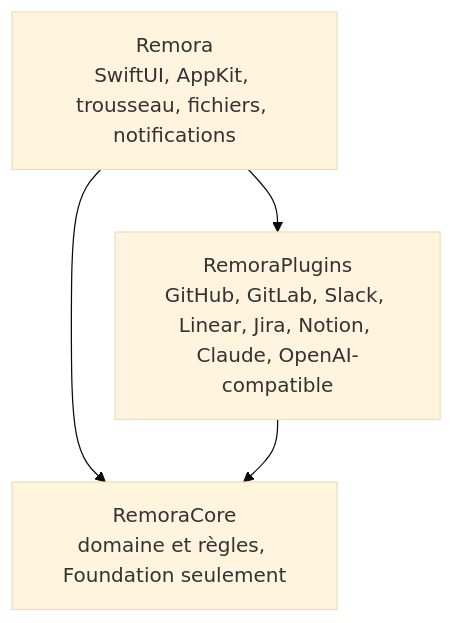
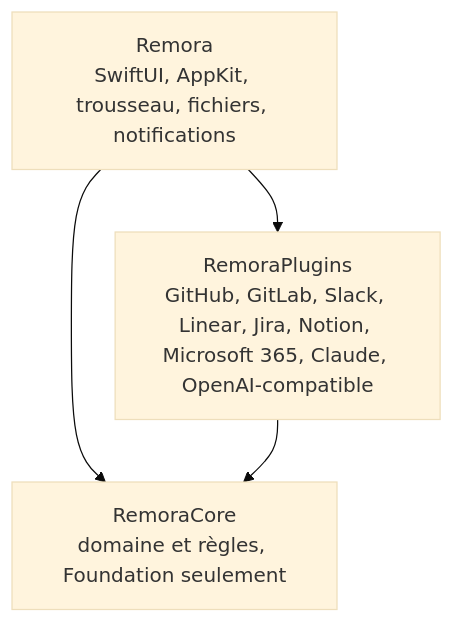
The diagram in docs/fr/developper/index.md (iGitScor/triage), drawn with Mermaid (base theme) before and after one commit. The commit also changed 39 other files, not shown here.

````diff
--- a/docs/fr/developper/index.md
+++ b/docs/fr/developper/index.md
@@ -12,6 +12,6 @@
 ```mermaid
 flowchart TB
-  App["Remora<br/>SwiftUI, AppKit, trousseau, fichiers, notifications"] --> Plugins["RemoraPlugins<br/>GitHub, GitLab, Slack, Linear, Jira, Notion, Claude, OpenAI-compatible"]
+  App["Remora<br/>SwiftUI, AppKit, trousseau, fichiers, notifications"] --> Plugins["RemoraPlugins<br/>GitHub, GitLab, Slack, Linear, Jira, Notion, Microsoft 365, Claude, OpenAI-compatible"]
   App --> Core["RemoraCore<br/>domaine et règles, Foundation seulement"]
   Plugins --> Core
 ```
````
